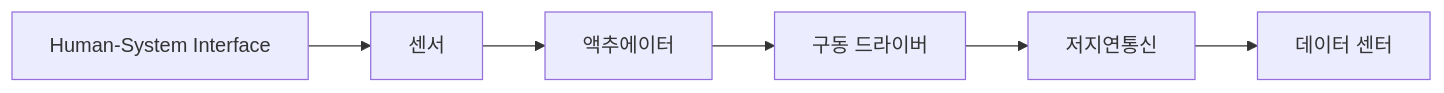
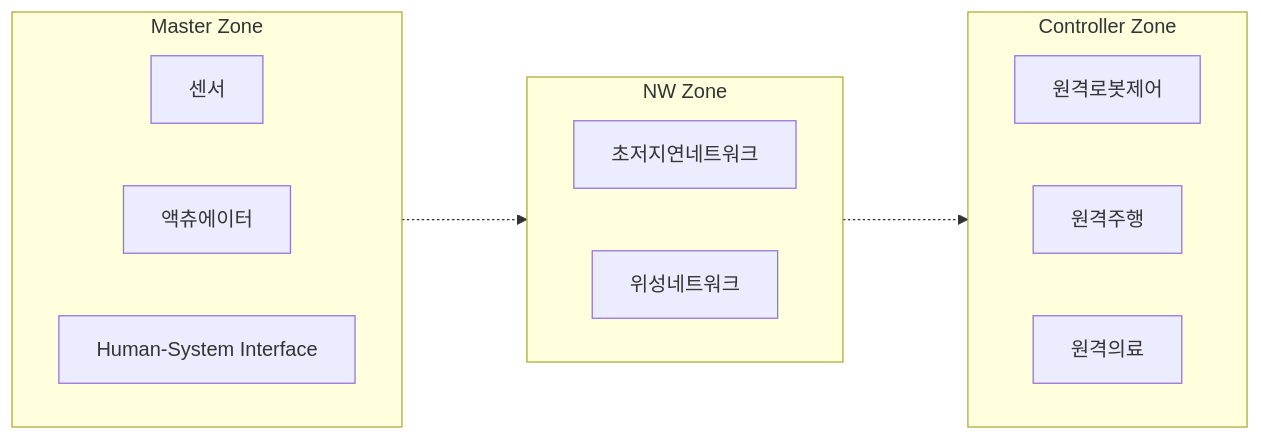
One commit to gracefullight/gracefullight.github.io changed the diagram in blog/pe/nw/tactile-internet.md. Above: the diagram before and after it, drawn with Mermaid. The commit also changed other lines of this file and 2 other files, not shown here.

Commit message:
docs(pe): 📚️ tactile internet

````diff
--- a/blog/pe/nw/tactile-internet.md
+++ b/blog/pe/nw/tactile-internet.md
@@ -20,8 +20,24 @@
 ```mermaid
 graph LR
-    A[Human-System Interface] --> B[센서]
-    B --> C[액추에이터]
-    C --> D[구동 드라이버]
-    D --> E[저지연통신]
-    E --> F[데이터 센터]
+  subgraph 마스터영역[Master Zone]
+    direction LR
+    센서
+    액츄에이터
+    HSI[Human-System Interface]
+  end
+  
+  subgraph 네트워크영역[NW Zone]
+    direction LR
+    초저지연네트워크
+    위성네트워크
+  end
+  
+  subgraph 컨트롤러영역[Controller Zone]
+    direction LR
+    원격로봇제어
+    원격주행
+    원격의료
+  end
+
+  마스터영역 -..-> 네트워크영역 -..-> 컨트롤러영역
 ```
````
